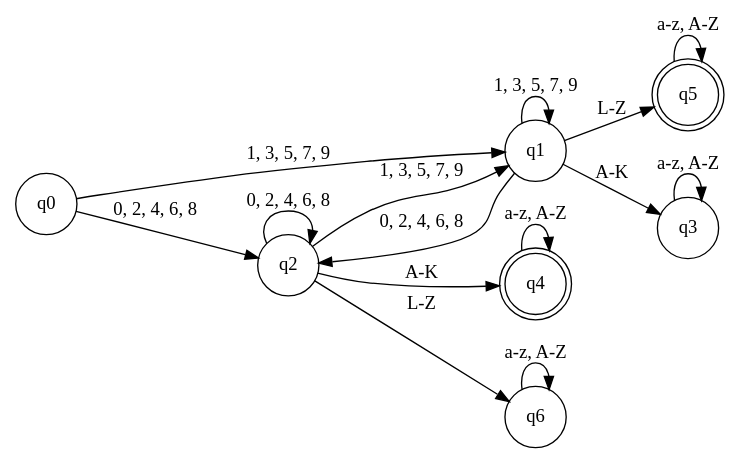
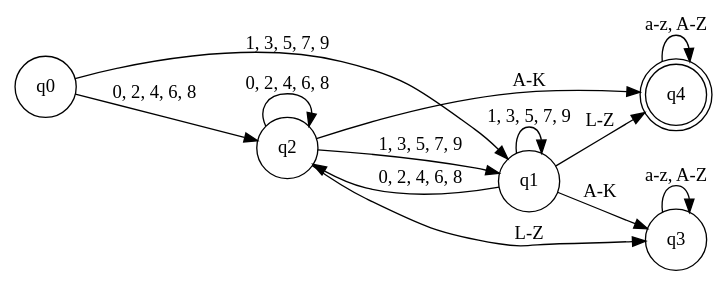
The diagram in src/LFT/A2016/cap1/Es1Comma3_Dot.dot (gmammolo/LFT), drawn with Graphviz before and after one commit. The commit also changed 3 other files, not shown here.

```diff
--- a/src/LFT/A2016/cap1/Es1Comma3_Dot.dot
+++ b/src/LFT/A2016/cap1/Es1Comma3_Dot.dot
@@ -1,21 +1,18 @@
 digraph Es1Comma3_Dot{
 rankdir=LR;
 node [shape = doublecircle];
 q4;
-q5;
 node [shape = circle];
-q1 -> q3 [ label = "A-K" ];
-q2 -> q6 [ label = "L-Z" ];
-q1 -> q5 [ label = "L-Z" ];
-q2 -> q4 [ label = "A-K" ];
 q3 -> q3 [ label = "a-z, A-Z" ];
 q0 -> q2 [ label = "0, 2, 4, 6, 8" ];
 q1 -> q2 [ label = "0, 2, 4, 6, 8" ];
+q1 -> q3 [ label = "A-K" ];
+q2 -> q3 [ label = "L-Z" ];
 q4 -> q4 [ label = "a-z, A-Z" ];
-q5 -> q5 [ label = "a-z, A-Z" ];
+q1 -> q4 [ label = "L-Z" ];
 q2 -> q2 [ label = "0, 2, 4, 6, 8" ];
 q2 -> q1 [ label = "1, 3, 5, 7, 9" ];
 q1 -> q1 [ label = "1, 3, 5, 7, 9" ];
-q6 -> q6 [ label = "a-z, A-Z" ];
 q0 -> q1 [ label = "1, 3, 5, 7, 9" ];
+q2 -> q4 [ label = "A-K" ];
 }
```
